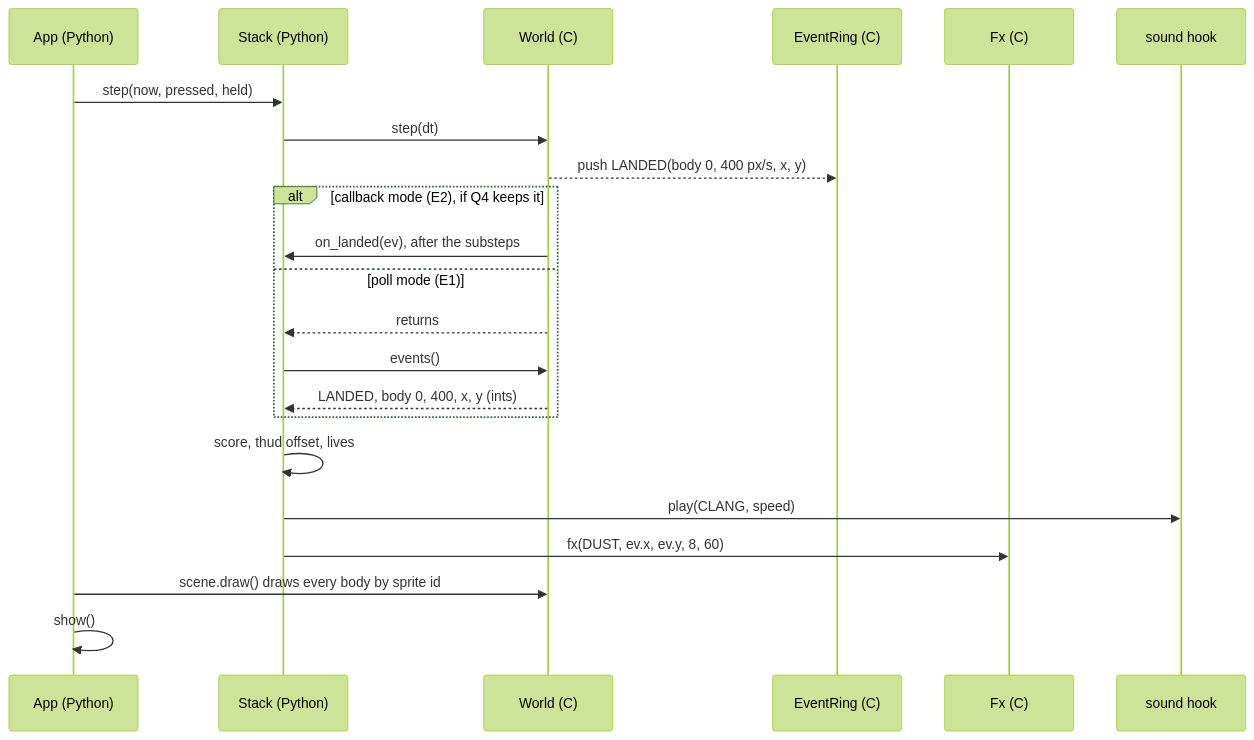
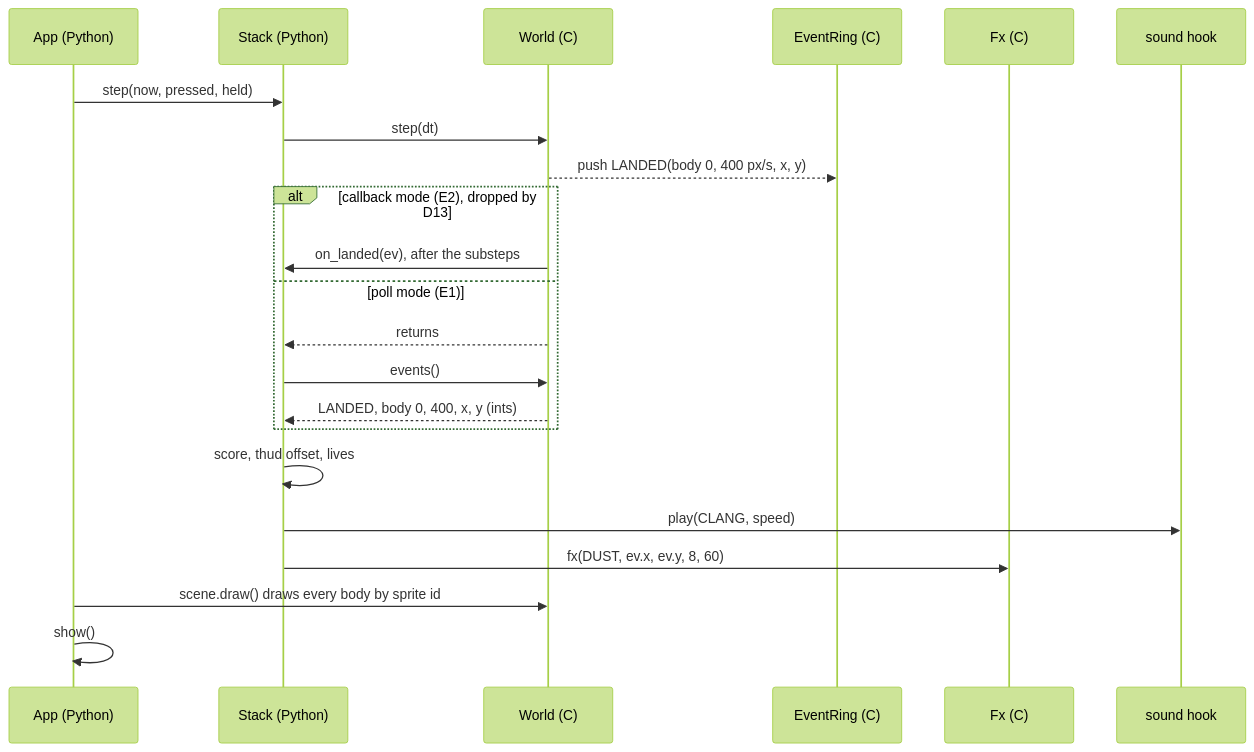
Before and after one commit to xmejkal/pixel-games: the fourth of 6 diagrams in docs/discovery/2026-11-03-engine/brief.md, drawn with Mermaid (forest theme). The commit also changed other lines of this file and 3 other files, not shown here.

````diff
--- a/docs/discovery/2026-11-03-engine/brief.md
+++ b/docs/discovery/2026-11-03-engine/brief.md
@@ -183,24 +183,24 @@
 ```mermaid
 sequenceDiagram
   participant App as App (Python)
   participant G as Stack (Python)
   participant W as World (C)
   participant R as EventRing (C)
   participant FX as Fx (C)
   participant S as sound hook
   App->>G: step(now, pressed, held)
   G->>W: step(dt)
   W-->>R: push LANDED(body 0, 400 px/s, x, y)
-  alt callback mode (E2), if Q4 keeps it
+  alt callback mode (E2), dropped by D13
     W->>G: on_landed(ev), after the substeps
   else poll mode (E1)
     W-->>G: returns
     G->>W: events()
     W-->>G: LANDED, body 0, 400, x, y (ints)
   end
   G->>G: score, thud offset, lives
   G->>S: play(CLANG, speed)
   G->>FX: fx(DUST, ev.x, ev.y, 8, 60)
   App->>W: scene.draw() draws every body by sprite id
   App->>App: show()
 ```
````
